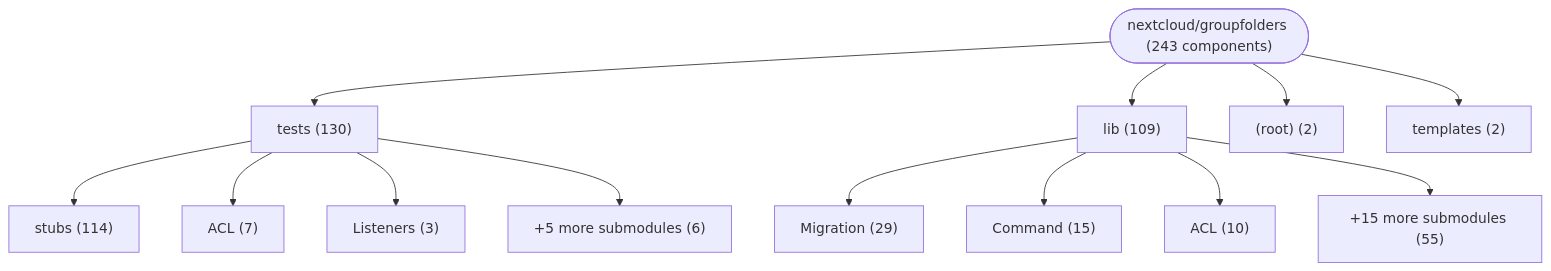
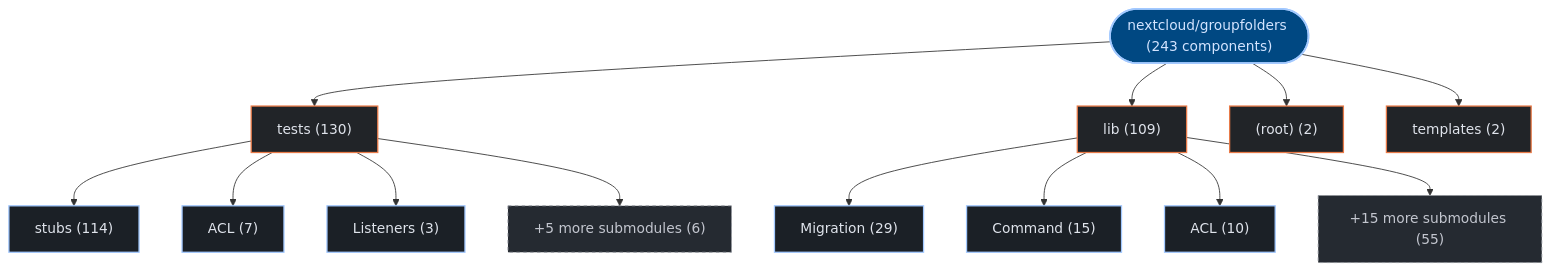
The first of 3 diagrams in exports/latest/reports/nextcloud-groupfolders-report.md (kumarshaz/atruss-code-atlas), drawn with Mermaid before and after one commit. The commit also changed other lines of this file and 331 other files, not shown here.

Commit message:
docs,ui,fix: update SDLC docs, reorder CI/CD DAG first, stylize Mermaid, and fix Arc42 pipeline topology

````diff
--- a/exports/latest/reports/nextcloud-groupfolders-report.md
+++ b/exports/latest/reports/nextcloud-groupfolders-report.md
@@ -42,28 +42,35 @@
 ```mermaid
 graph TD;
-    repo_root(["nextcloud/groupfolders (243 components)"])
-    dir_0_tests["tests (130)"]
+  classDef atlasRoot fill:#004882,stroke:#a3c9ff,stroke-width:2px,color:#d3e4ff
+  classDef atlasCategory fill:#212428,stroke:#E87A48,stroke-width:1.5px,color:#dfe3eb
+  classDef atlasWorkflow fill:#1b2026,stroke:#a3c9ff,stroke-width:1.5px,color:#dfe3eb
+  classDef atlasJob fill:#171c22,stroke:#8d9199,stroke-width:1px,color:#dfe3eb
+  classDef atlasTarget fill:#005227,stroke:#8bd99b,stroke-width:1.5px,color:#a7f6b6
+  classDef atlasAlert fill:#93000a,stroke:#ffb4ab,stroke-width:1.5px,color:#ffdad6
+  classDef atlasMore fill:#252a31,stroke:#8d9199,stroke-dasharray:4 4,color:#c3c6cf
+    repo_root(["nextcloud/groupfolders (243 components)"]):::atlasRoot
+    dir_0_tests["tests (130)"]:::atlasCategory
     repo_root --> dir_0_tests
-    sub_0_0_stubs["stubs (114)"]
+    sub_0_0_stubs["stubs (114)"]:::atlasWorkflow
     dir_0_tests --> sub_0_0_stubs
-    sub_0_1_ACL["ACL (7)"]
+    sub_0_1_ACL["ACL (7)"]:::atlasWorkflow
     dir_0_tests --> sub_0_1_ACL
-    sub_0_2_Listeners["Listeners (3)"]
+    sub_0_2_Listeners["Listeners (3)"]:::atlasWorkflow
     dir_0_tests --> sub_0_2_Listeners
-    sub_0_more["+5 more submodules (6)"]
+    sub_0_more["+5 more submodules (6)"]:::atlasMore
     dir_0_tests --> sub_0_more
-    dir_1_lib["lib (109)"]
+    dir_1_lib["lib (109)"]:::atlasCategory
     repo_root --> dir_1_lib
-    sub_1_0_Migration["Migration (29)"]
+    sub_1_0_Migration["Migration (29)"]:::atlasWorkflow
     dir_1_lib --> sub_1_0_Migration
-    sub_1_1_Command["Command (15)"]
+    sub_1_1_Command["Command (15)"]:::atlasWorkflow
     dir_1_lib --> sub_1_1_Command
-    sub_1_2_ACL["ACL (10)"]
+    sub_1_2_ACL["ACL (10)"]:::atlasWorkflow
     dir_1_lib --> sub_1_2_ACL
-    sub_1_more["+15 more submodules (55)"]
+    sub_1_more["+15 more submodules (55)"]:::atlasMore
     dir_1_lib --> sub_1_more
-    dir_2__root_["(root) (2)"]
+    dir_2__root_["(root) (2)"]:::atlasCategory
     repo_root --> dir_2__root_
-    dir_3_templates["templates (2)"]
+    dir_3_templates["templates (2)"]:::atlasCategory
     repo_root --> dir_3_templates
 ```
````
